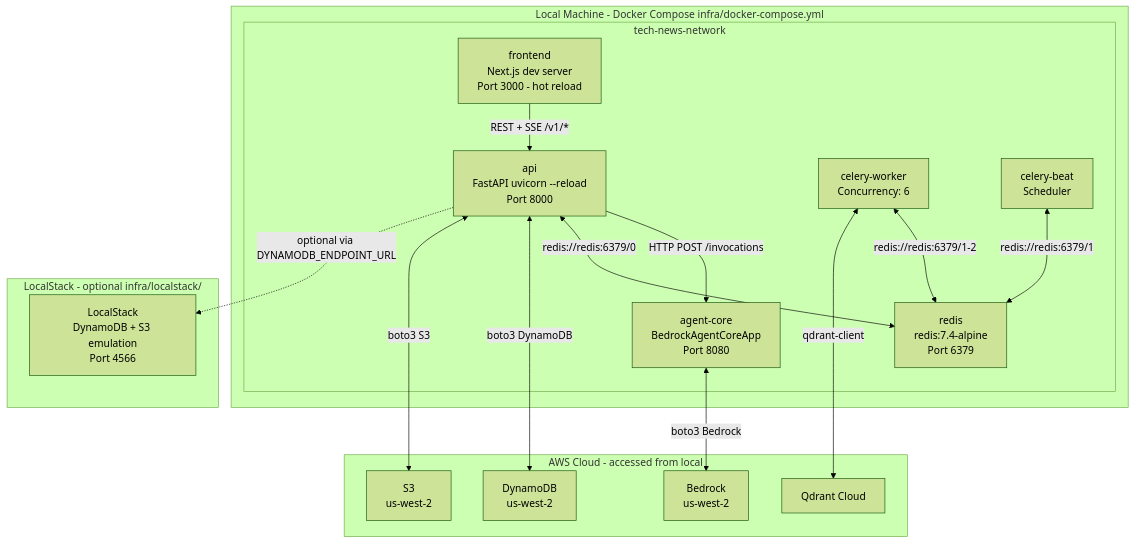
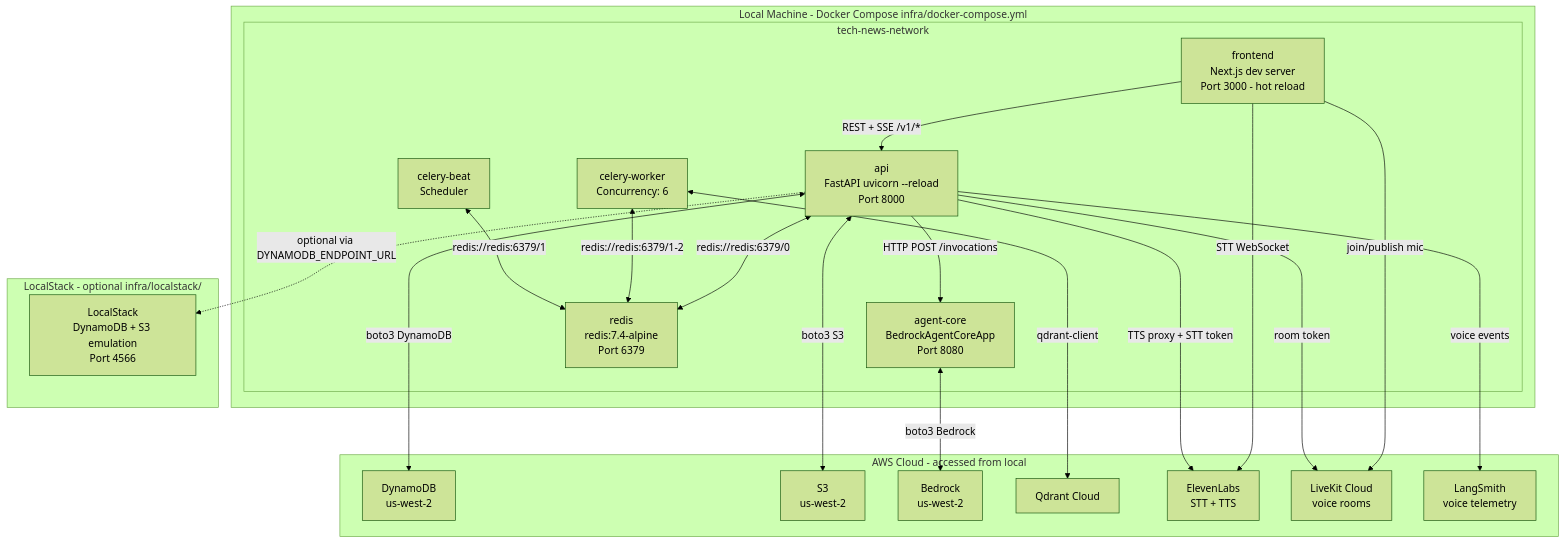
The third of 3 diagrams in docs/DEPLOYMENT_ARCHITECTURE.md (pdz1804/tech-new-mystery), drawn with Mermaid (forest theme) before and after one commit. The commit also changed other lines of this file and 13 other files, not shown here.

````diff
--- a/docs/DEPLOYMENT_ARCHITECTURE.md
+++ b/docs/DEPLOYMENT_ARCHITECTURE.md
@@ -316,37 +339,45 @@
 ```mermaid
 graph TB
     subgraph LocalDev["Local Machine - Docker Compose  infra/docker-compose.yml"]
         subgraph DockerNetwork["tech-news-network"]
             FE_L["frontend\nNext.js dev server\nPort 3000 - hot reload"]
             API_L["api\nFastAPI uvicorn --reload\nPort 8000"]
             AC_L["agent-core\nBedrockAgentCoreApp\nPort 8080"]
             W_L["celery-worker\nConcurrency: 6"]
             B_L["celery-beat\nScheduler"]
             REDIS_L["redis\nredis:7.4-alpine\nPort 6379"]
         end
     end
 
     subgraph AWSCloud["AWS Cloud - accessed from local"]
         DDB_L["DynamoDB\nus-west-2"]
         S3_L["S3\nus-west-2"]
         BED_L["Bedrock\nus-west-2"]
         QDR_L["Qdrant Cloud"]
+        EL_L["ElevenLabs\nSTT + TTS"]
+        LK_L["LiveKit Cloud\nvoice rooms"]
+        LS_L["LangSmith\nvoice telemetry"]
     end
 
     subgraph LocalStack["LocalStack - optional  infra/localstack/"]
         LS["LocalStack\nDynamoDB + S3 emulation\nPort 4566"]
     end
 
     FE_L -->|"REST + SSE /v1/*"| API_L
     API_L -->|"HTTP POST /invocations"| AC_L
     API_L <-->|"redis://redis:6379/0"| REDIS_L
     W_L <-->|"redis://redis:6379/1-2"| REDIS_L
     B_L <-->|"redis://redis:6379/1"| REDIS_L
 
     API_L <-->|"boto3 DynamoDB"| DDB_L
     API_L <-->|"boto3 S3"| S3_L
     AC_L <-->|"boto3 Bedrock"| BED_L
     W_L <-->|"qdrant-client"| QDR_L
+    FE_L -->|"STT WebSocket"| EL_L
+    FE_L -->|"join/publish mic"| LK_L
+    API_L -->|"TTS proxy + STT token"| EL_L
+    API_L -->|"room token"| LK_L
+    API_L -->|"voice events"| LS_L
 
     API_L -.->|"optional via DYNAMODB_ENDPOINT_URL"| LS
 ```
````
